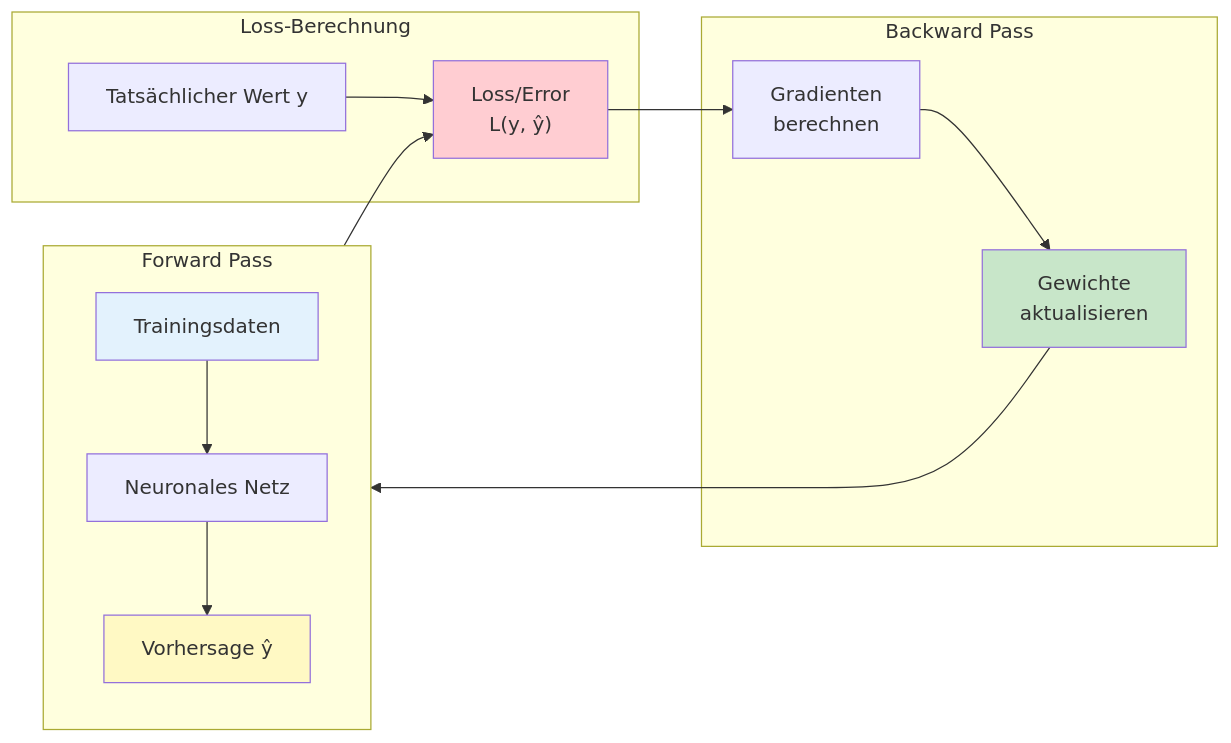
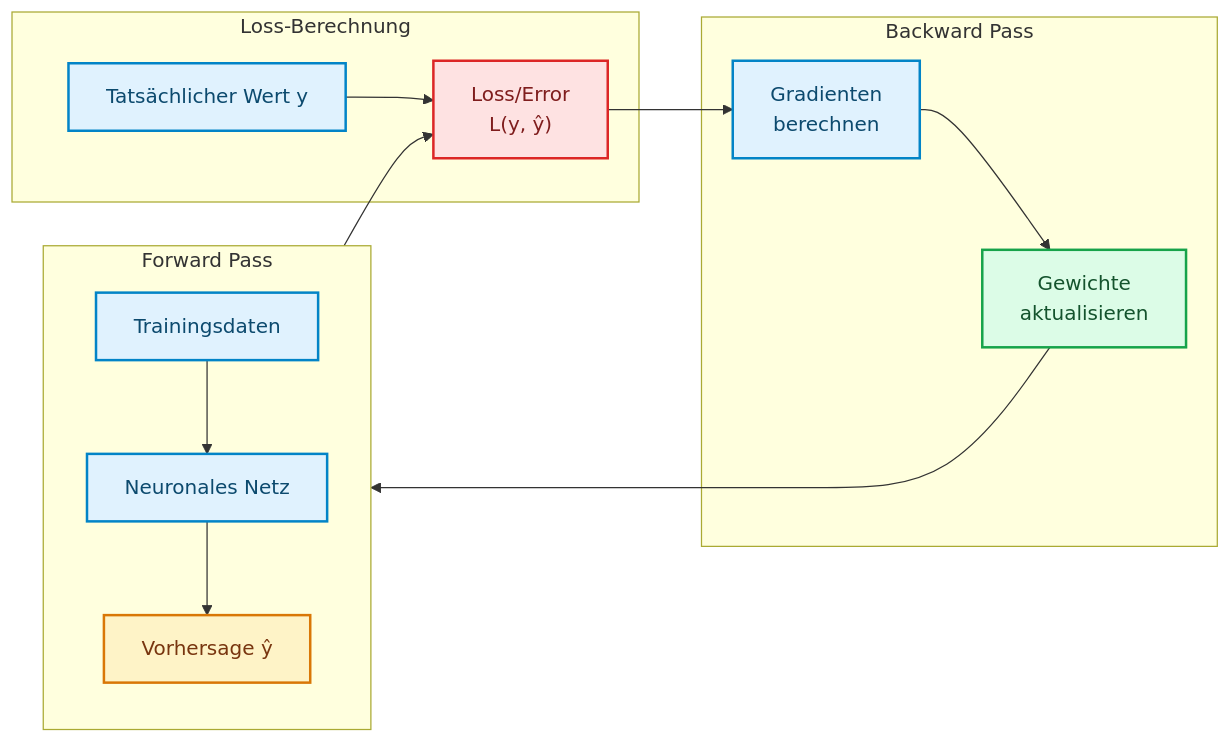
One commit to ralf-42/ML_Intro changed the fifth of 6 diagrams in docs/concepts/modeling/neuronale-netze.md. Above: the diagram before and after it, drawn with Mermaid. The commit also changed other lines of this file and 67 other files, not shown here.

````diff
--- a/docs/concepts/modeling/neuronale-netze.md
+++ b/docs/concepts/modeling/neuronale-netze.md
@@ -199,24 +200,27 @@
 ```mermaid
 flowchart LR
     subgraph Forward["Forward Pass"]
         direction TB
         DATA["Trainingsdaten"] --> NN["Neuronales Netz"]
         NN --> PRED["Vorhersage ŷ"]
     end
     
     subgraph Loss["Loss-Berechnung"]
         PRED --> LOSS["Loss/Error<br/>L(y, ŷ)"]
         ACTUAL["Tatsächlicher Wert y"] --> LOSS
     end
     
     subgraph Backward["Backward Pass"]
         LOSS --> GRAD["Gradienten<br/>berechnen"]
         GRAD --> UPDATE["Gewichte<br/>aktualisieren"]
         UPDATE --> NN
     end
-    
-    style DATA fill:#e3f2fd
-    style PRED fill:#fff9c4
-    style LOSS fill:#ffcdd2
-    style UPDATE fill:#c8e6c9
+
+    classDef default fill:#e0f2fe,stroke:#0284c7,stroke-width:2px,color:#0c4a6e;
+    classDef metric fill:#fef3c7,stroke:#d97706,stroke-width:2px,color:#78350f;
+    classDef output fill:#dcfce7,stroke:#16a34a,stroke-width:2px,color:#14532d;
+    classDef stop fill:#fee2e2,stroke:#dc2626,stroke-width:2px,color:#7f1d1d;
+    class PRED metric;
+    class UPDATE output;
+    class LOSS stop;
 ```
````
